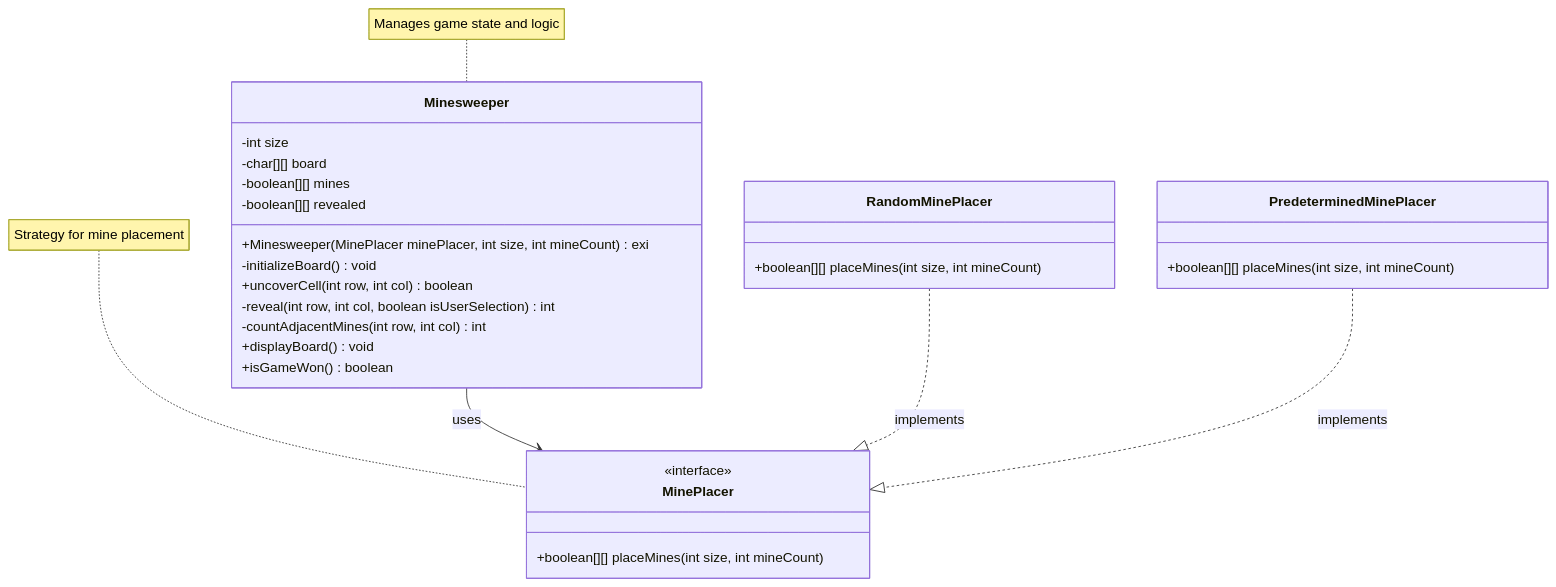
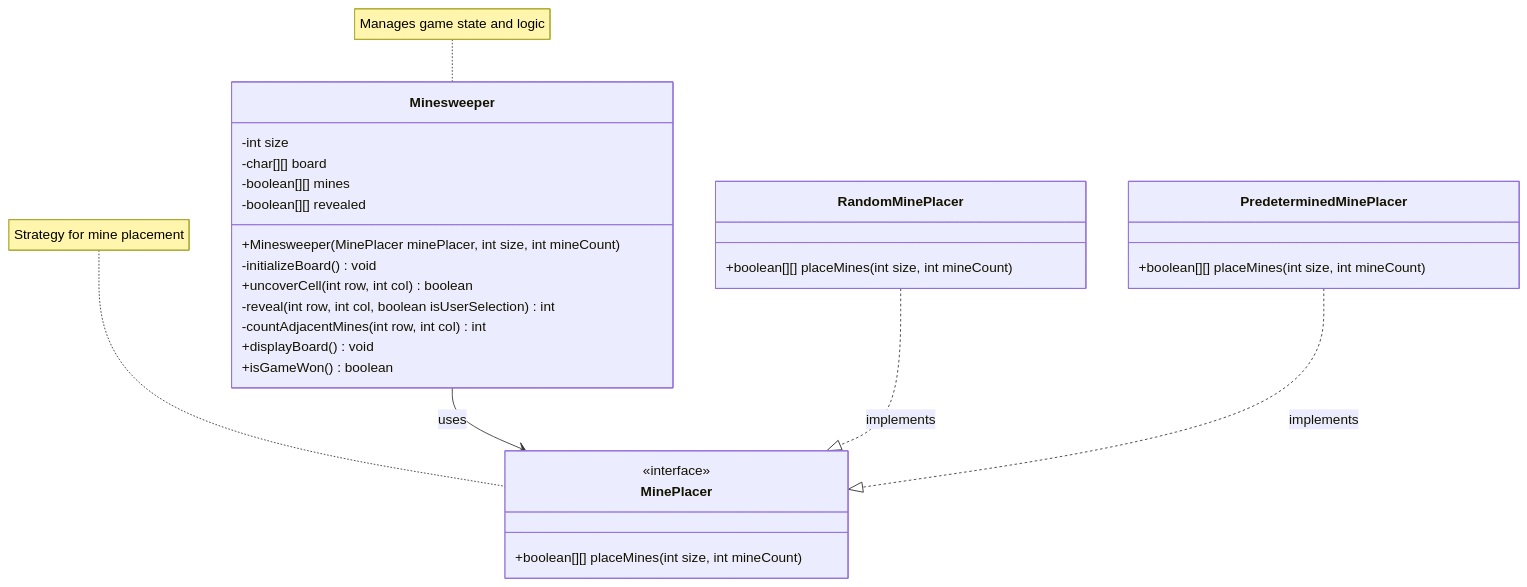
Before and after one commit to JonettaPek/minesweeper: the diagram in README.md, drawn with Mermaid.

````diff
--- a/README.md
+++ b/README.md
@@ -75,36 +75,36 @@
 ```mermaid
 classDiagram
     class Minesweeper {
         -int size
         -char[][] board
         -boolean[][] mines
         -boolean[][] revealed
-        +Minesweeper(MinePlacer minePlacer, int size, int mineCount)exi
+        +Minesweeper(MinePlacer minePlacer, int size, int mineCount)
         -initializeBoard() void
         +uncoverCell(int row, int col) boolean
         -reveal(int row, int col, boolean isUserSelection) int
         -countAdjacentMines(int row, int col) int
         +displayBoard() void
         +isGameWon() boolean
     }
     
     class MinePlacer {
         <<interface>>
         +boolean[][] placeMines(int size, int mineCount)
     }
     
     class RandomMinePlacer {
         +boolean[][] placeMines(int size, int mineCount)
     }
     
     class PredeterminedMinePlacer {
         +boolean[][] placeMines(int size, int mineCount)
     }
     
     Minesweeper --> MinePlacer : uses
     RandomMinePlacer ..|> MinePlacer : implements
     PredeterminedMinePlacer ..|> MinePlacer : implements
     
     note for Minesweeper "Manages game state and logic"
     note for MinePlacer "Strategy for mine placement"
 ```
````
